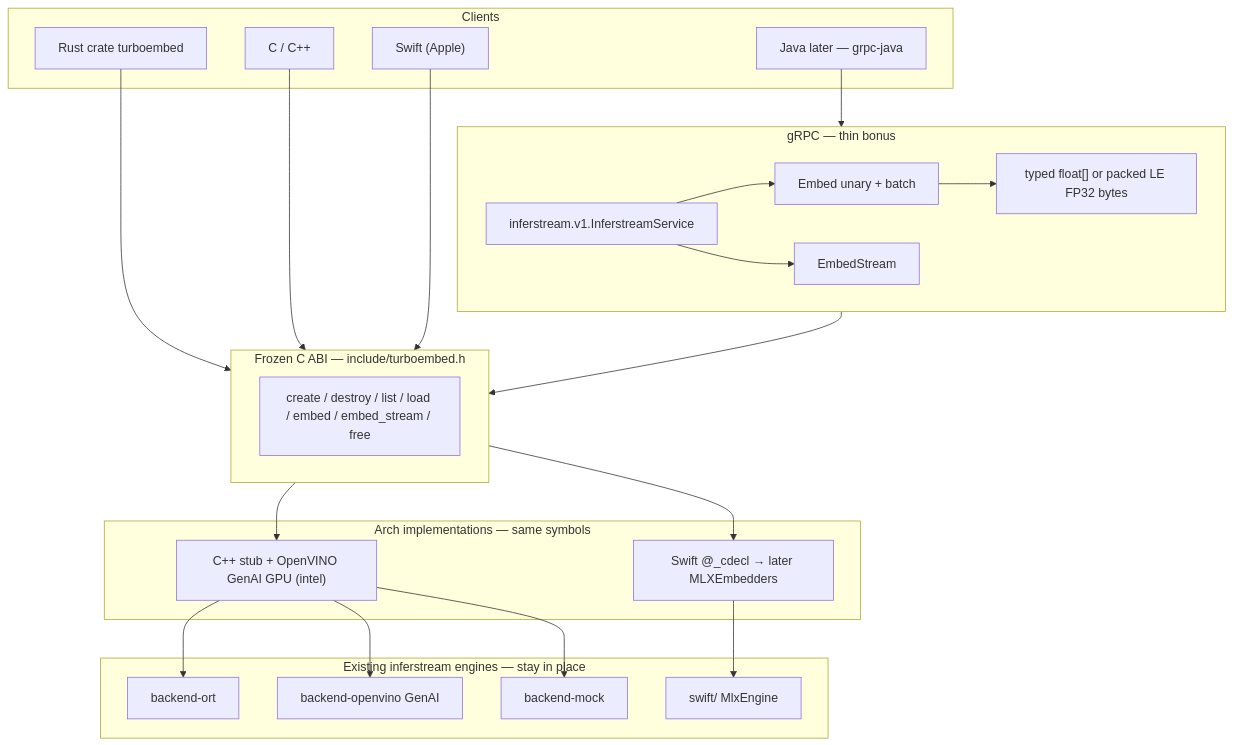
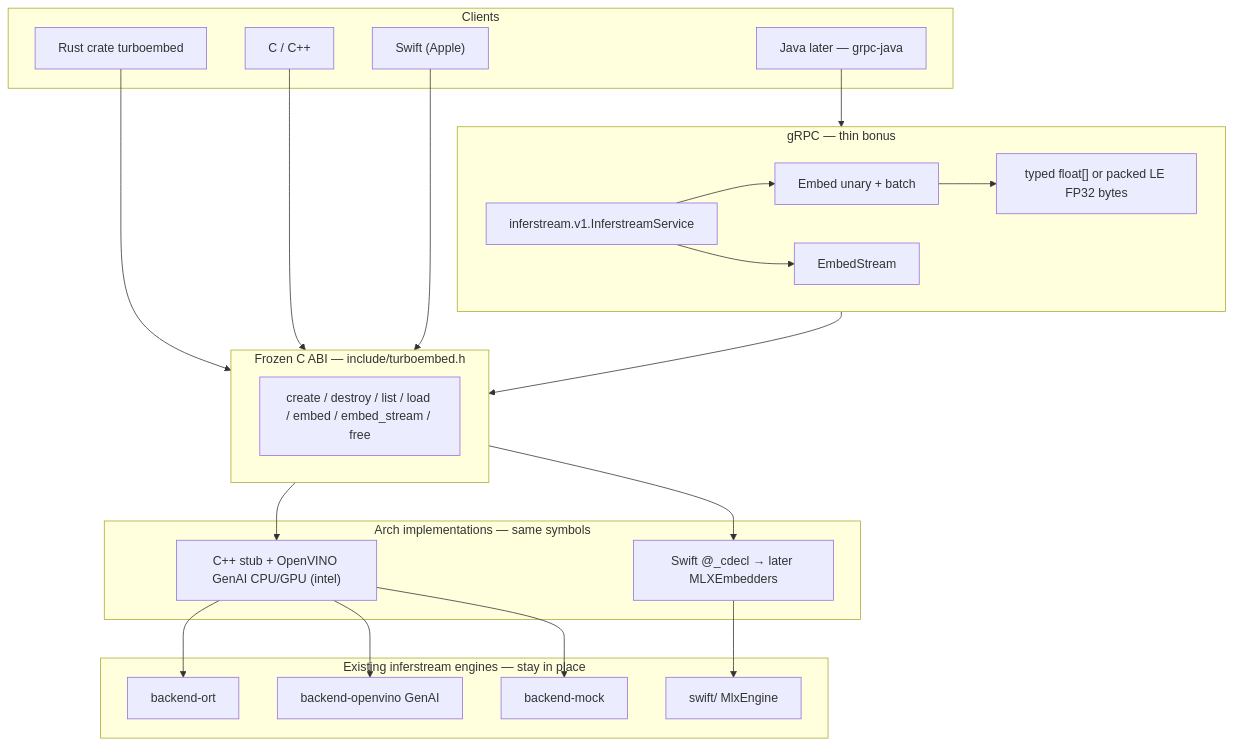
The diagram in docs/turboembed-architecture.md (ai-pipestream/turboembed), drawn with Mermaid before and after one commit. The commit also changed other lines of this file and 8 other files, not shown here.

First line of the commit message:
test: fail loud if GPU request would silently use CPU

````diff
--- a/docs/turboembed-architecture.md
+++ b/docs/turboembed-architecture.md
@@ -15,47 +15,47 @@
 ```mermaid
 flowchart TB
     subgraph clients [Clients]
         Rust["Rust crate turboembed"]
         C["C / C++"]
         Swift["Swift (Apple)"]
         Java["Java later — grpc-java"]
     end
 
     subgraph grpc [gRPC — thin bonus]
         Ext["inferstream.v1.InferstreamService"]
         Embed["Embed unary + batch"]
         Stream["EmbedStream"]
         Packed["typed float[] or packed LE FP32 bytes"]
     end
 
     subgraph abi [Frozen C ABI — include/turboembed.h]
         H["create / destroy / list / load / embed / embed_stream / free"]
     end
 
     subgraph impl [Arch implementations — same symbols]
-        Cpp["C++ stub + OpenVINO GenAI GPU (intel)"]
+        Cpp["C++ stub + OpenVINO GenAI CPU/GPU (intel)"]
         Mlx["Swift @_cdecl → later MLXEmbedders"]
     end
 
     subgraph engines [Existing inferstream engines — stay in place]
         ORT["backend-ort"]
         GenAI["backend-openvino GenAI"]
         Apple["swift/ MlxEngine"]
         Mock["backend-mock"]
     end
 
     Rust --> abi
     C --> abi
     Swift --> abi
     Java --> grpc
     grpc --> abi
     Ext --> Embed
     Ext --> Stream
     Embed --> Packed
     abi --> Cpp
     abi --> Mlx
     Cpp --> ORT
     Cpp --> GenAI
     Cpp --> Mock
     Mlx --> Apple
 ```
````
